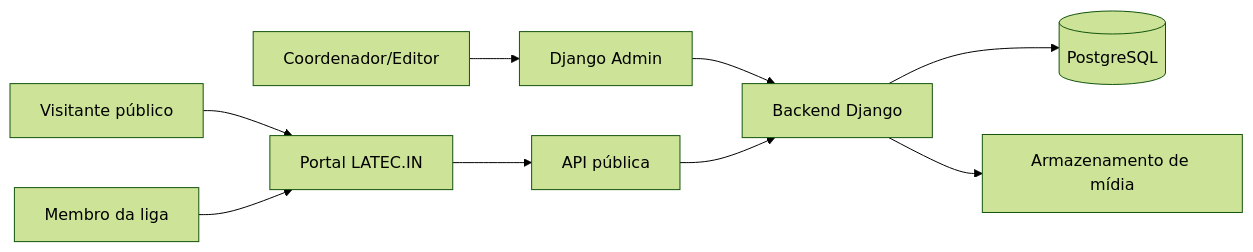
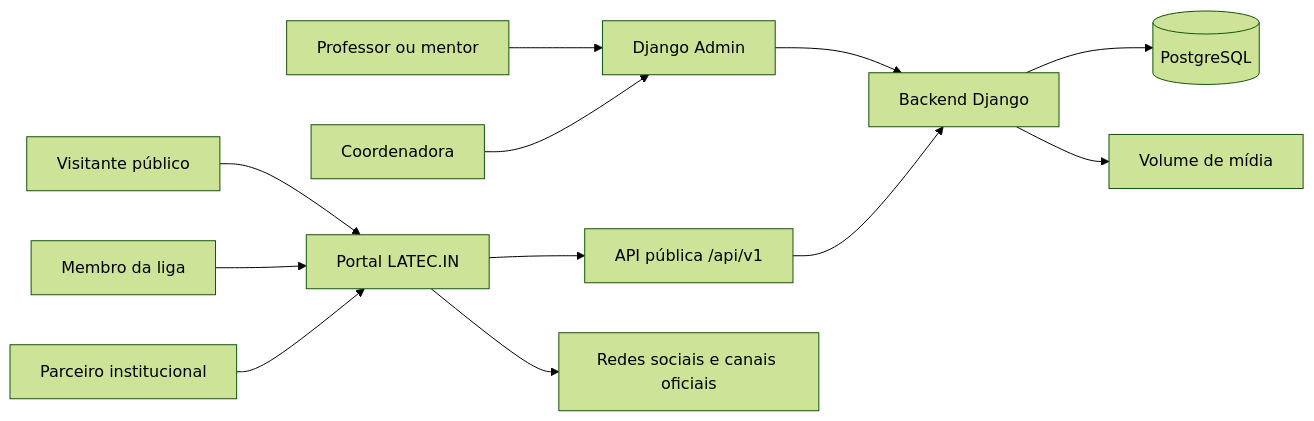
One commit to MarcosVini753/latec-in changed the diagram in docs/architecture/diagrams/c4-context.md. Above: the diagram before and after it, drawn with Mermaid (forest theme). The commit also changed other lines of this file and 3 other files, not shown here.

Commit message:
DOCS: update diagrams

````diff
--- a/docs/architecture/diagrams/c4-context.md
+++ b/docs/architecture/diagrams/c4-context.md
@@ -3,11 +3,16 @@
 ```mermaid
 flowchart LR
   Visitor[Visitante público] --> Site[Portal LATEC.IN]
   Member[Membro da liga] --> Site
-  Coordinator[Coordenador/Editor] --> Admin[Django Admin]
+  Partner[Parceiro institucional] --> Site
+  Mentor[Professor ou mentor] --> Admin[Django Admin]
+  Coordinator[Coordenadora] --> Admin
+
+  Site --> API[API pública /api/v1]
   Admin --> Backend[Backend Django]
-  Site --> API[API pública]
   API --> Backend
+
   Backend --> DB[(PostgreSQL)]
-  Backend --> Media[Armazenamento de mídia]
+  Backend --> Media[Volume de mídia]
+  Site --> Social[Redes sociais e canais oficiais]
 ```
````
